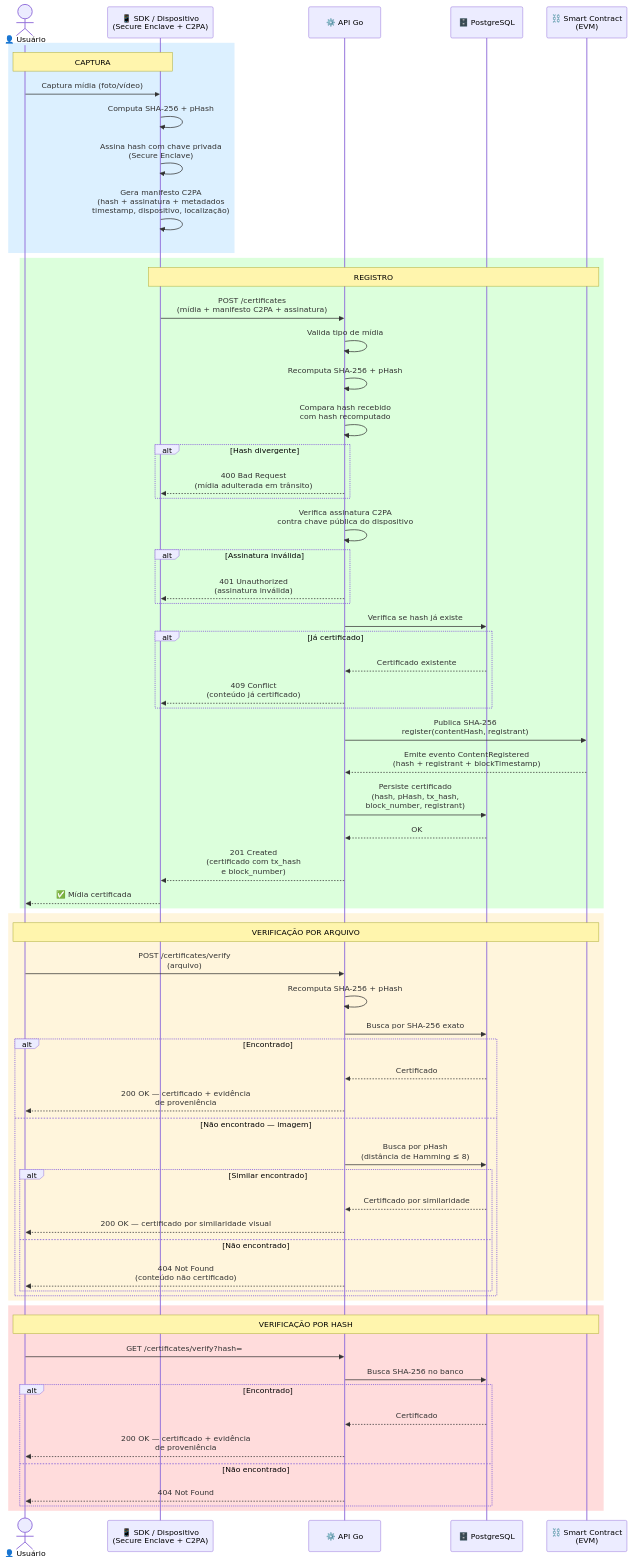
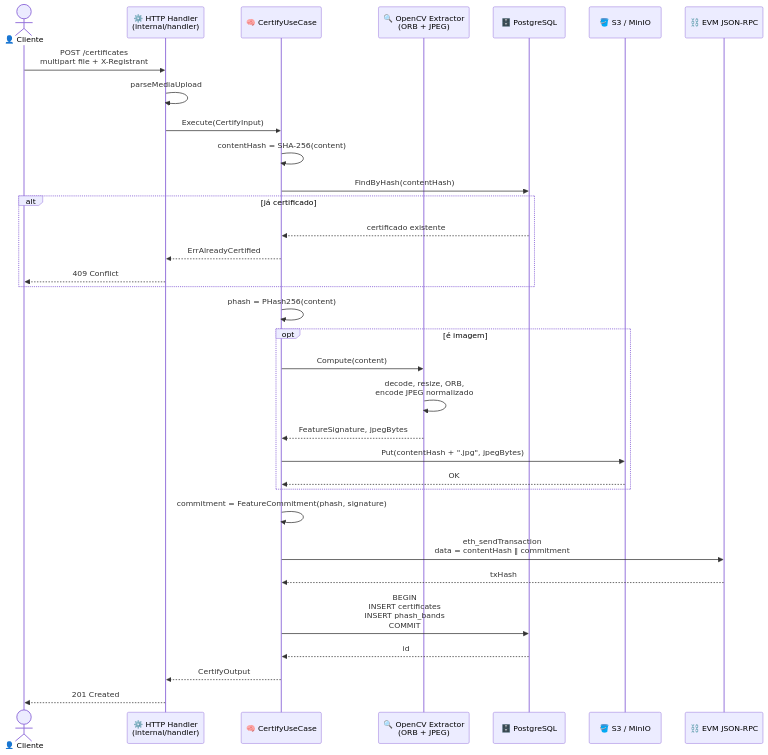
The first of 3 diagrams in docs/SEQUENCE_DIAGRAM.md (waizbart/aletheia-api), drawn with Mermaid before and after one commit. The commit also changed other lines of this file and 6 other files, not shown here.

First line of the commit message:
docs: add architecture/usage diagrams, overhaul OpenAPI/Swagger and drop video upload

````diff
--- a/docs/SEQUENCE_DIAGRAM.md
+++ b/docs/SEQUENCE_DIAGRAM.md
@@ -1,74 +8,44 @@
 ```mermaid
 %%{init: {'theme': 'default'}}%%
 sequenceDiagram
-    actor U as 👤 Usuário
-    participant SDK as 📱 SDK / Dispositivo<br/>(Secure Enclave + C2PA)
-    participant API as ⚙️ API Go
+    actor U as 👤 Cliente
+    participant API as ⚙️ HTTP Handler<br/>(internal/handler)
+    participant UC as 🧠 CertifyUseCase
+    participant CV as 🔍 OpenCV Extractor<br/>(ORB + JPEG)
     participant DB as 🗄️ PostgreSQL
-    participant SC as ⛓️ Smart Contract<br/>(EVM)
+    participant S3 as 🪣 S3 / MinIO
+    participant SC as ⛓️ EVM JSON-RPC
 
-    rect rgb(220, 240, 255)
-        note over U, SDK: CAPTURA
-        U->>SDK: Captura mídia (foto/vídeo)
-        SDK->>SDK: Computa SHA-256 + pHash
-        SDK->>SDK: Assina hash com chave privada<br/>(Secure Enclave)
-        SDK->>SDK: Gera manifesto C2PA<br/>(hash + assinatura + metadados<br/>timestamp, dispositivo, localização)
+    U->>API: POST /certificates<br/>multipart file + X-Registrant
+    API->>API: parseMediaUpload
+    API->>UC: Execute(CertifyInput)
+
+    UC->>UC: contentHash = SHA-256(content)
+    UC->>DB: FindByHash(contentHash)
+
+    alt já certificado
+        DB-->>UC: certificado existente
+        UC-->>API: ErrAlreadyCertified
+        API-->>U: 409 Conflict
     end
 
-    rect rgb(220, 255, 220)
-        note over SDK, SC: REGISTRO
-        SDK->>API: POST /certificates<br/>(mídia + manifesto C2PA + assinatura)
-        API->>API: Valida tipo de mídia
-        API->>API: Recomputa SHA-256 + pHash
-        API->>API: Compara hash recebido<br/>com hash recomputado
-        alt Hash divergente
-            API-->>SDK: 400 Bad Request<br/>(mídia adulterada em trânsito)
-        end
-        API->>API: Verifica assinatura C2PA<br/>contra chave pública do dispositivo
-        alt Assinatura inválida
-            API-->>SDK: 401 Unauthorized<br/>(assinatura inválida)
-        end
-        API->>DB: Verifica se hash já existe
-        alt Já certificado
-            DB-->>API: Certificado existente
-            API-->>SDK: 409 Conflict<br/>(conteúdo já certificado)
-        end
-        API->>SC: Publica SHA-256<br/>register(contentHash, registrant)
-        SC-->>API: Emite evento ContentRegistered<br/>(hash + registrant + blockTimestamp)
-        API->>DB: Persiste certificado<br/>(hash, pHash, tx_hash,<br/>block_number, registrant)
-        DB-->>API: OK
-        API-->>SDK: 201 Created<br/>(certificado com tx_hash<br/>e block_number)
-        SDK-->>U: ✅ Mídia certificada
+    UC->>UC: phash = PHash256(content)
+
+    opt é imagem
+        UC->>CV: Compute(content)
+        CV->>CV: decode, resize, ORB,<br/>encode JPEG normalizado
+        CV-->>UC: FeatureSignature, jpegBytes
+        UC->>S3: Put(contentHash + ".jpg", jpegBytes)
+        S3-->>UC: OK
     end
 
-    rect rgb(255, 245, 220)
-        note over U, SC: VERIFICAÇÃO POR ARQUIVO
-        U->>API: POST /certificates/verify<br/>(arquivo)
-        API->>API: Recomputa SHA-256 + pHash
-        API->>DB: Busca por SHA-256 exato
-        alt Encontrado
-            DB-->>API: Certificado
-            API-->>U: 200 OK — certificado + evidência<br/>de proveniência
-        else Não encontrado — imagem
-            API->>DB: Busca por pHash<br/>(distância de Hamming ≤ 8)
-            alt Similar encontrado
-                DB-->>API: Certificado por similaridade
-                API-->>U: 200 OK — certificado por similaridade visual
-            else Não encontrado
-                API-->>U: 404 Not Found<br/>(conteúdo não certificado)
-            end
-        end
-    end
+    UC->>UC: commitment = FeatureCommitment(phash, signature)
+    UC->>SC: eth_sendTransaction<br/>data = contentHash ‖ commitment
+    SC-->>UC: txHash
 
-    rect rgb(255, 220, 220)
-        note over U, SC: VERIFICAÇÃO POR HASH
-        U->>API: GET /certificates/verify?hash=
-        API->>DB: Busca SHA-256 no banco
-        alt Encontrado
-            DB-->>API: Certificado
-            API-->>U: 200 OK — certificado + evidência<br/>de proveniência
-        else Não encontrado
-            API-->>U: 404 Not Found
-        end
-    end
+    UC->>DB: BEGIN<br/>INSERT certificates<br/>INSERT phash_bands<br/>COMMIT
+    DB-->>UC: id
+
+    UC-->>API: CertifyOutput
+    API-->>U: 201 Created
 ```
````
